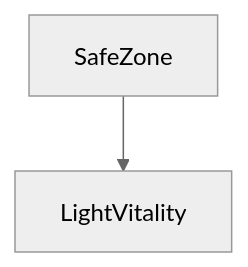
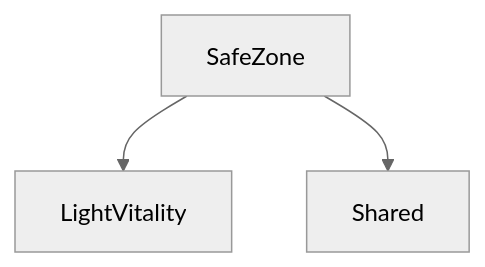
One commit to tja688/ThatGameJam changed the diagram in Assets/ArchitectureScanResults/Features/SafeZone/L2_external.mmd. Above: the diagram before and after it, drawn with Mermaid (neutral theme). The commit also changed 25 other files, not shown here.

```diff
--- a/Assets/ArchitectureScanResults/Features/SafeZone/L2_external.mmd
+++ b/Assets/ArchitectureScanResults/Features/SafeZone/L2_external.mmd
@@ -1,5 +1,7 @@
 %% L2 SafeZone External Calls
 graph TD
     Feature::SafeZone["SafeZone"]
     Feature::LightVitality["LightVitality"]
     Feature::SafeZone --> Feature::LightVitality
+    Feature::Shared["Shared"]
+    Feature::SafeZone --> Feature::Shared
```
